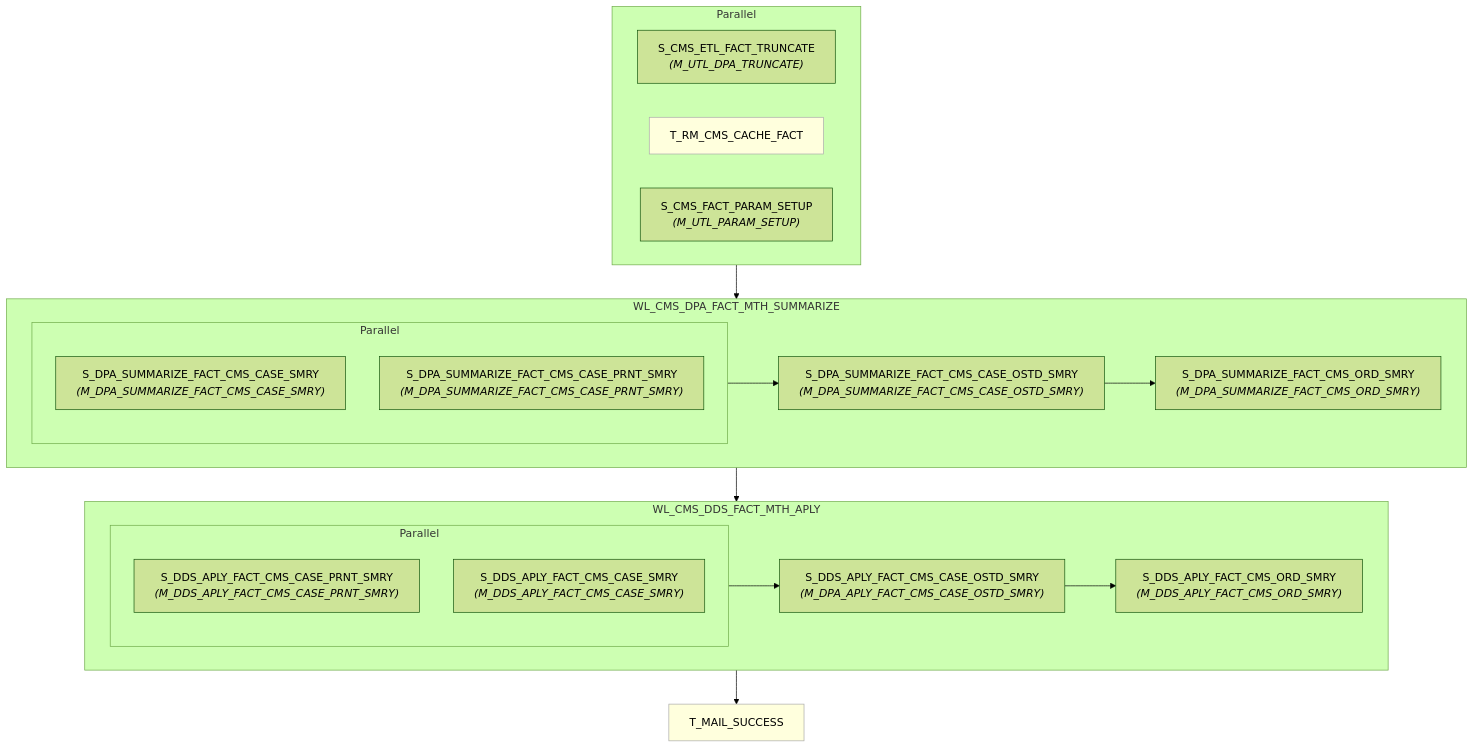
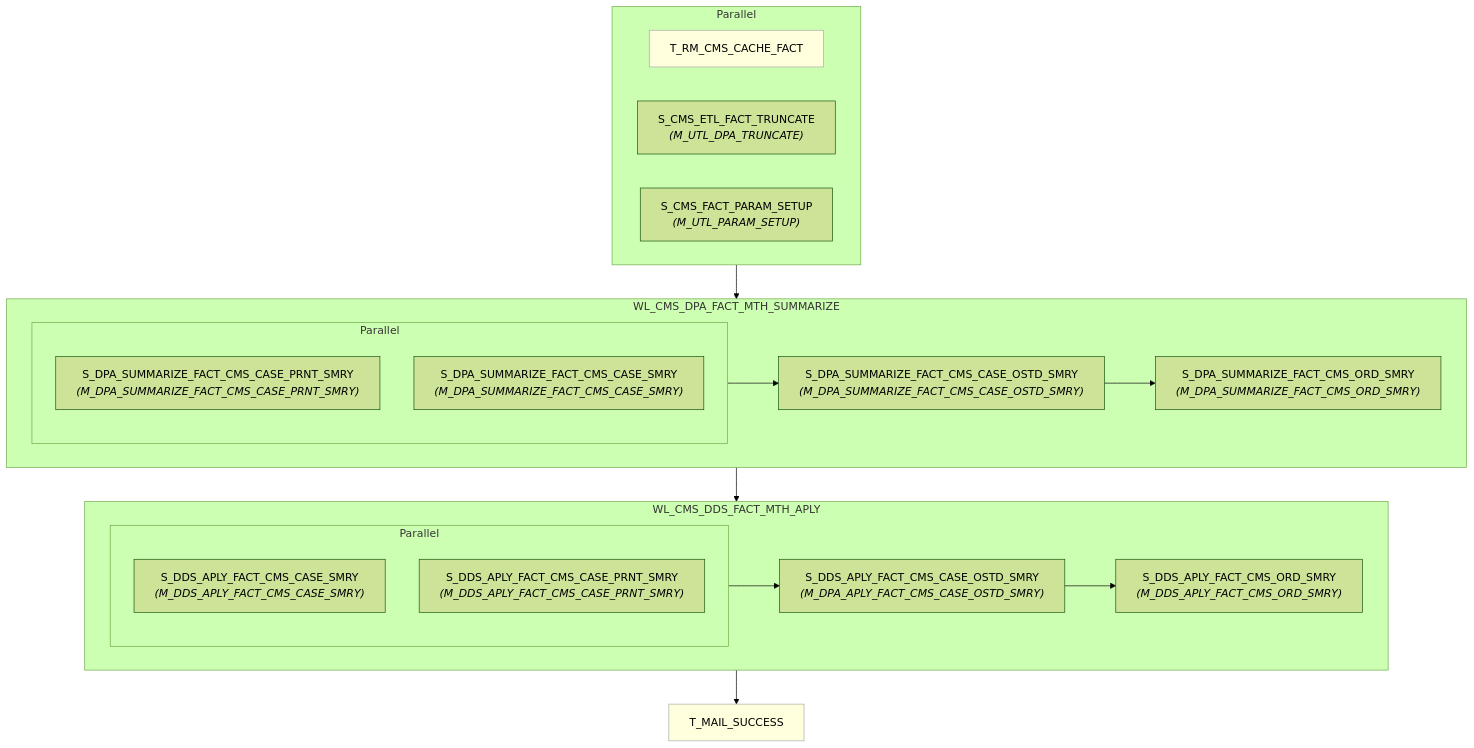
Before and after one commit to asl-adamxu/informatica-sparker-poc: the diagram in informatica/PySpark_workflows/dds/WF_CMS_DDS_APLY_MTH/wf_cms_dds_aply_mth.md, drawn with Mermaid (forest theme). The commit also changed 222 other files, not shown here.

````diff
--- a/informatica/PySpark_workflows/dds/WF_CMS_DDS_APLY_MTH/wf_cms_dds_aply_mth.md
+++ b/informatica/PySpark_workflows/dds/WF_CMS_DDS_APLY_MTH/wf_cms_dds_aply_mth.md
@@ -7,41 +7,41 @@
 ```mermaid
 flowchart TD
-    n1["S_CMS_ETL_FACT_TRUNCATE<br/><i>(M_UTL_DPA_TRUNCATE)</i>"]
-    n2["T_RM_CMS_CACHE_FACT"]
-    style n2 fill:#ffd,stroke:#aaa,stroke-width:1px
+    n1["T_RM_CMS_CACHE_FACT"]
+    style n1 fill:#ffd,stroke:#aaa,stroke-width:1px
+    n2["S_CMS_ETL_FACT_TRUNCATE<br/><i>(M_UTL_DPA_TRUNCATE)</i>"]
     n3["S_CMS_FACT_PARAM_SETUP<br/><i>(M_UTL_PARAM_SETUP)</i>"]
     subgraph pg4[Parallel]
         n1
         n2
         n3
     end
     subgraph wkl5["WL_CMS_DPA_FACT_MTH_SUMMARIZE"]
-    n6["S_DPA_SUMMARIZE_FACT_CMS_CASE_SMRY<br/><i>(M_DPA_SUMMARIZE_FACT_CMS_CASE_SMRY)</i>"]
-    n7["S_DPA_SUMMARIZE_FACT_CMS_CASE_PRNT_SMRY<br/><i>(M_DPA_SUMMARIZE_FACT_CMS_CASE_PRNT_SMRY)</i>"]
+    n6["S_DPA_SUMMARIZE_FACT_CMS_CASE_PRNT_SMRY<br/><i>(M_DPA_SUMMARIZE_FACT_CMS_CASE_PRNT_SMRY)</i>"]
+    n7["S_DPA_SUMMARIZE_FACT_CMS_CASE_SMRY<br/><i>(M_DPA_SUMMARIZE_FACT_CMS_CASE_SMRY)</i>"]
     subgraph pg8[Parallel]
         n6
         n7
     end
     n9["S_DPA_SUMMARIZE_FACT_CMS_CASE_OSTD_SMRY<br/><i>(M_DPA_SUMMARIZE_FACT_CMS_CASE_OSTD_SMRY)</i>"]
     n10["S_DPA_SUMMARIZE_FACT_CMS_ORD_SMRY<br/><i>(M_DPA_SUMMARIZE_FACT_CMS_ORD_SMRY)</i>"]
         pg8 --> n9
         n9 --> n10
     end
     subgraph wkl11["WL_CMS_DDS_FACT_MTH_APLY"]
-    n12["S_DDS_APLY_FACT_CMS_CASE_PRNT_SMRY<br/><i>(M_DDS_APLY_FACT_CMS_CASE_PRNT_SMRY)</i>"]
-    n13["S_DDS_APLY_FACT_CMS_CASE_SMRY<br/><i>(M_DDS_APLY_FACT_CMS_CASE_SMRY)</i>"]
+    n12["S_DDS_APLY_FACT_CMS_CASE_SMRY<br/><i>(M_DDS_APLY_FACT_CMS_CASE_SMRY)</i>"]
+    n13["S_DDS_APLY_FACT_CMS_CASE_PRNT_SMRY<br/><i>(M_DDS_APLY_FACT_CMS_CASE_PRNT_SMRY)</i>"]
     subgraph pg14[Parallel]
         n12
         n13
     end
     n15["S_DDS_APLY_FACT_CMS_CASE_OSTD_SMRY<br/><i>(M_DPA_APLY_FACT_CMS_CASE_OSTD_SMRY)</i>"]
     n16["S_DDS_APLY_FACT_CMS_ORD_SMRY<br/><i>(M_DDS_APLY_FACT_CMS_ORD_SMRY)</i>"]
         pg14 --> n15
         n15 --> n16
     end
     n17["T_MAIL_SUCCESS"]
     style n17 fill:#ffd,stroke:#aaa,stroke-width:1px
     pg4 --> wkl5
     wkl5 --> wkl11
     wkl11 --> n17
 ```
````
